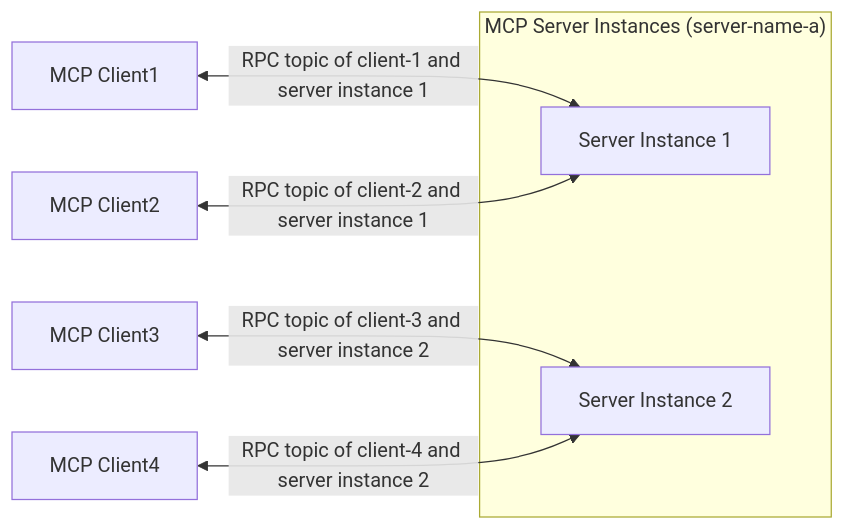
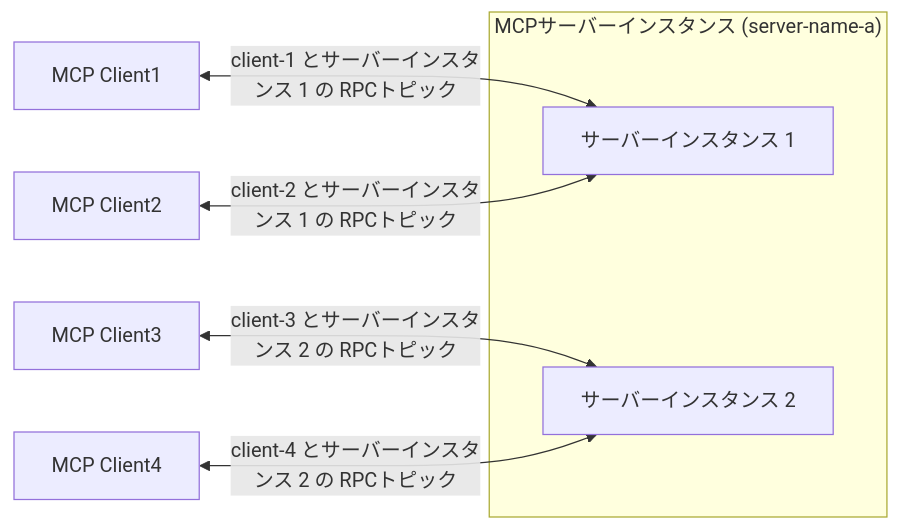
The second of 2 diagrams in ja_JP/emqx-ai/mcp-over-mqtt/architecture.md (emqx/emqx-docs), drawn with Mermaid before and after one commit. The commit also changed other lines of this file and 385 other files, not shown here.

````diff
--- a/ja_JP/emqx-ai/mcp-over-mqtt/architecture.md
+++ b/ja_JP/emqx-ai/mcp-over-mqtt/architecture.md
@@ -73,19 +73,19 @@
 ```mermaid
 graph LR
 
     C1["MCP Client1"]
     C2["MCP Client2"]
     C3["MCP Client3"]
     C4["MCP Client4"]
 
-    subgraph "MCP Server Instances (server-name-a)"
-        S1[Server Instance 1]
-        S2[Server Instance 2]
+    subgraph "MCPサーバーインスタンス (server-name-a)"
+        S1[サーバーインスタンス 1]
+        S2[サーバーインスタンス 2]
     end
 
-    C1 <-- "RPC topic of client-1 and server instance 1" --> S1
-    C2 <-- "RPC topic of client-2 and server instance 1" --> S1
-    C3 <-- "RPC topic of client-3 and server instance 2" --> S2
-    C4 <-- "RPC topic of client-4 and server instance 2" --> S2
+    C1 <-- "client-1 とサーバーインスタンス 1 の RPCトピック" --> S1
+    C2 <-- "client-2 とサーバーインスタンス 1 の RPCトピック" --> S1
+    C3 <-- "client-3 とサーバーインスタンス 2 の RPCトピック" --> S2
+    C4 <-- "client-4 とサーバーインスタンス 2 の RPCトピック" --> S2
 
 ```
````
